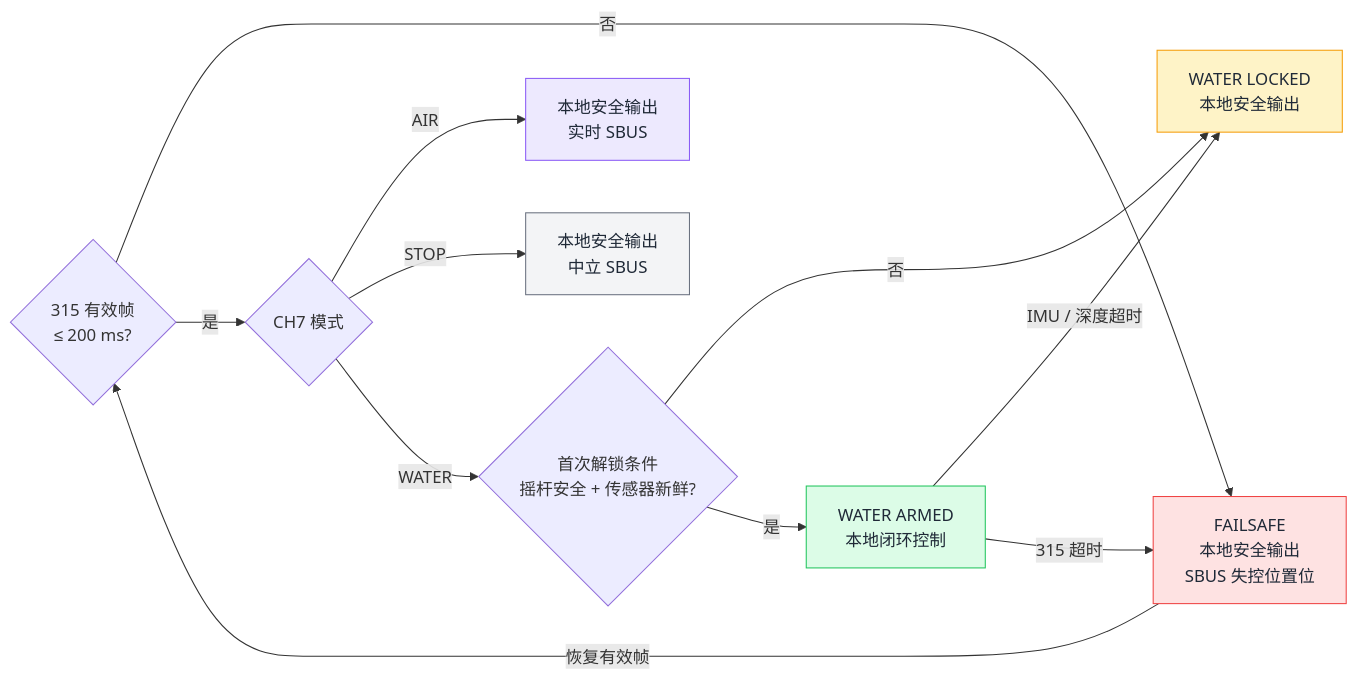
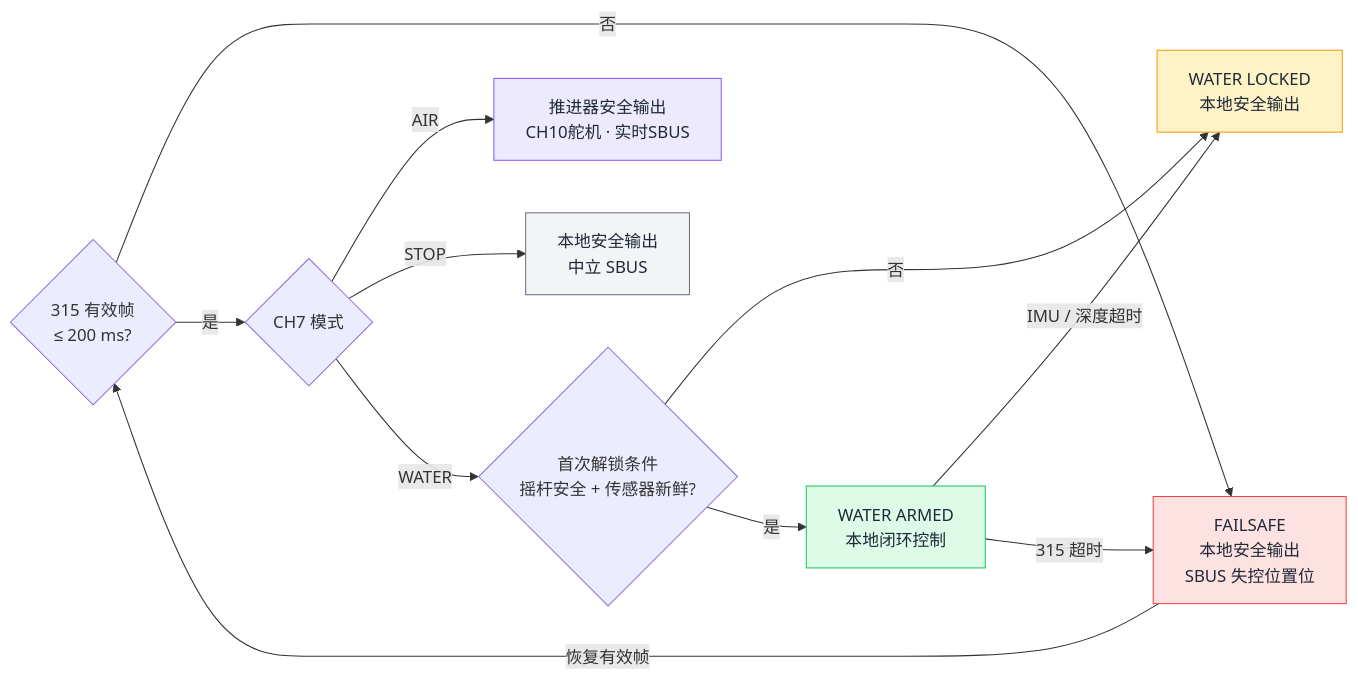
The second of 2 diagrams in README.md (JIN-FZCH/Hmini_315), drawn with Mermaid before and after one commit. The commit also changed other lines of this file and 10 other files, not shown here.

````diff
--- a/README.md
+++ b/README.md
@@ -130,20 +131,20 @@
 ```mermaid
 flowchart LR
     R{"315 有效帧<br/>≤ 200 ms?"}
     R -->|"否"| F["FAILSAFE<br/>本地安全输出<br/>SBUS 失控位置位"]
     R -->|"是"| M{"CH7 模式"}
-    M -->|"AIR"| A["本地安全输出<br/>实时 SBUS"]
+    M -->|"AIR"| A["推进器安全输出<br/>CH10舵机 · 实时SBUS"]
     M -->|"STOP"| S["本地安全输出<br/>中立 SBUS"]
     M -->|"WATER"| G{"首次解锁条件<br/>摇杆安全 + 传感器新鲜?"}
     G -->|"否"| WL["WATER LOCKED<br/>本地安全输出"]
     G -->|"是"| WA["WATER ARMED<br/>本地闭环控制"]
     WA -->|"IMU / 深度超时"| WL
     WA -->|"315 超时"| F
     F -->|"恢复有效帧"| R
 
     style F fill:#fee2e2,stroke:#ef4444,color:#1f2937
     style A fill:#ede9fe,stroke:#8b5cf6,color:#1f2937
     style S fill:#f3f4f6,stroke:#6b7280,color:#1f2937
     style WL fill:#fef3c7,stroke:#f59e0b,color:#1f2937
     style WA fill:#dcfce7,stroke:#22c55e,color:#1f2937
 ```
````
